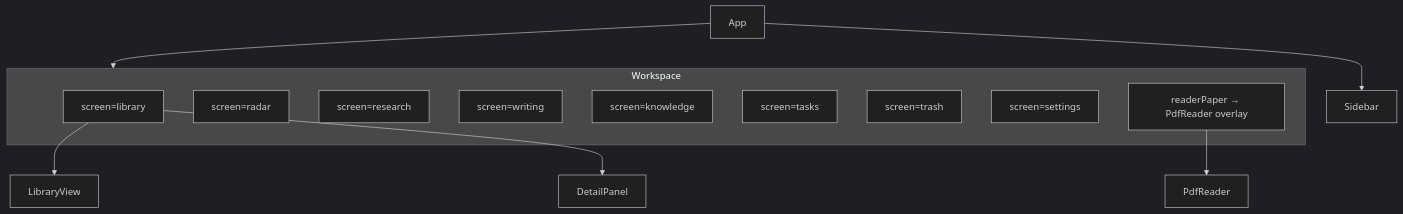
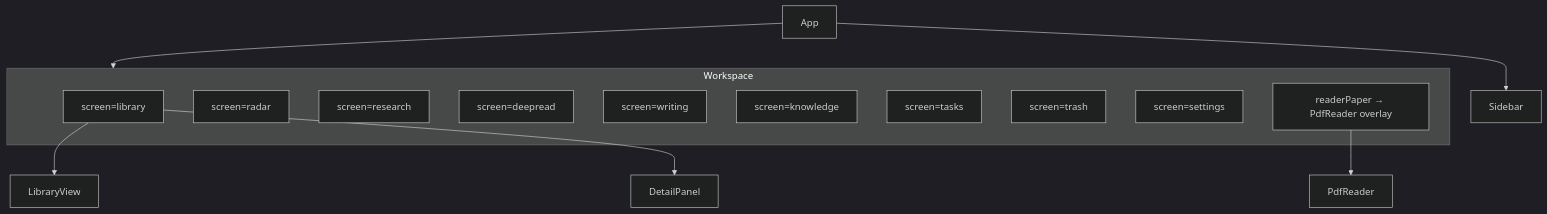
Before and after one commit to naipings/PaperNest: the eighth of 8 diagrams in docs/DEVELOPMENT.md, drawn with Mermaid (dark theme). The commit also changed other lines of this file and 5 other files, not shown here.

````diff
--- a/docs/DEVELOPMENT.md
+++ b/docs/DEVELOPMENT.md
@@ -406,21 +416,22 @@
 ```mermaid
 flowchart TB
   App --> Sidebar
   App --> Workspace
 
   subgraph Workspace
     Library["screen=library"]
     Radar["screen=radar"]
     Research["screen=research"]
+    DeepRead["screen=deepread"]
     Writing["screen=writing"]
     Knowledge["screen=knowledge"]
     Tasks["screen=tasks"]
     Trash["screen=trash"]
     Settings["screen=settings"]
     ReaderOverlay["readerPaper → PdfReader overlay"]
   end
 
   Library --> LibraryView
   Library --> DetailPanel
   ReaderOverlay --> PdfReader
 ```
````
